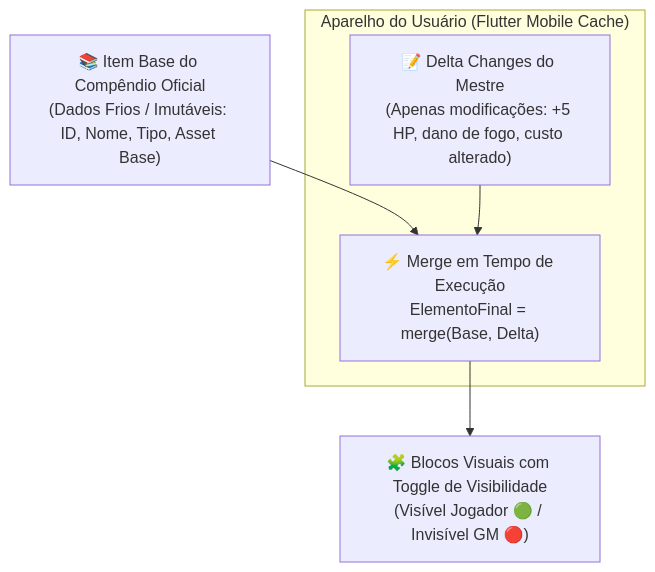
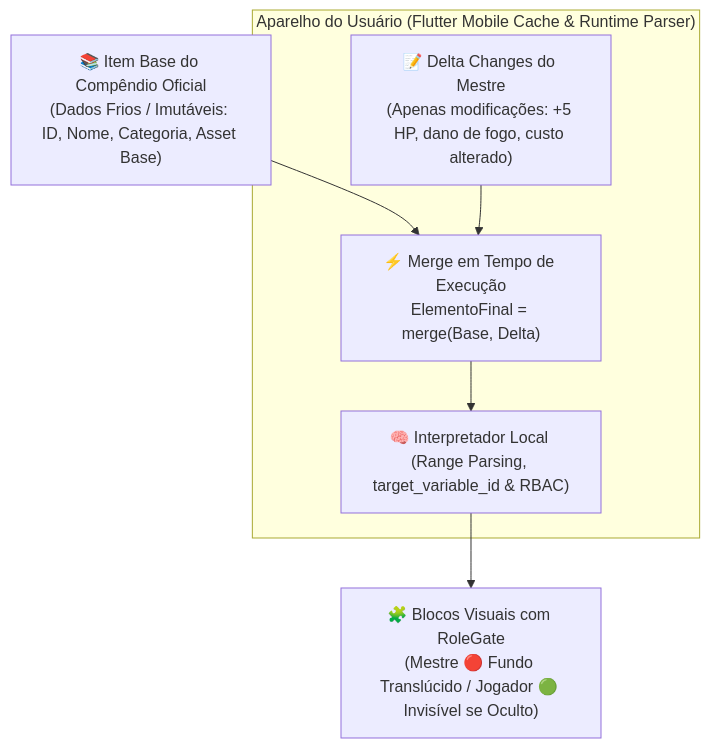
One commit to TrevorSalazar66/ArcanaVTT-v2 changed the diagram in Desenvolvimento/idealizacao/12-regras-compendio-e-audio.md. Above: the diagram before and after it, drawn with Mermaid. The commit also changed other lines of this file and 5 other files, not shown here.

````diff
--- a/Desenvolvimento/idealizacao/12-regras-compendio-e-audio.md
+++ b/Desenvolvimento/idealizacao/12-regras-compendio-e-audio.md
@@ -9,13 +9,15 @@
 ```mermaid
 flowchart TD
-    BASE["📚 Item Base do Compêndio Oficial\n(Dados Frios / Imutáveis: ID, Nome, Tipo, Asset Base)"]
+    BASE["📚 Item Base do Compêndio Oficial\n(Dados Frios / Imutáveis: ID, Nome, Categoria, Asset Base)"]
     
-    subgraph CLIENT_MEM["Aparelho do Usuário (Flutter Mobile Cache)"]
+    subgraph CLIENT_MEM["Aparelho do Usuário (Flutter Mobile Cache & Runtime Parser)"]
         DELTA["📝 Delta Changes do Mestre\n(Apenas modificações: +5 HP, dano de fogo, custo alterado)"]
         MERGE["⚡ Merge em Tempo de Execução\nElementoFinal = merge(Base, Delta)"]
+        PARSER["🧠 Interpretador Local (Range Parsing, target_variable_id & RBAC)"]
     end
     
     BASE --> MERGE
     DELTA --> MERGE
-    MERGE --> UI_BLOCKS["🧩 Blocos Visuais com Toggle de Visibilidade\n(Visível Jogador 🟢 / Invisível GM 🔴)"]
+    MERGE --> PARSER
+    PARSER --> UI_BLOCKS["🧩 Blocos Visuais com RoleGate\n(Mestre 🔴 Fundo Translúcido / Jogador 🟢 Invisível se Oculto)"]
 ```
````
